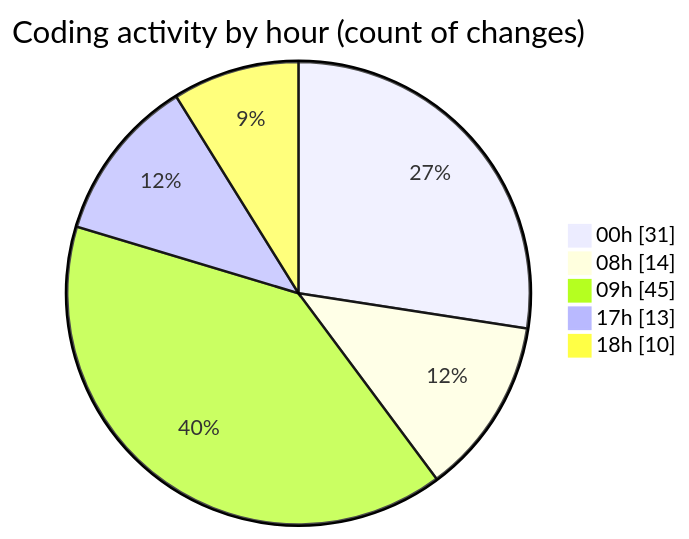
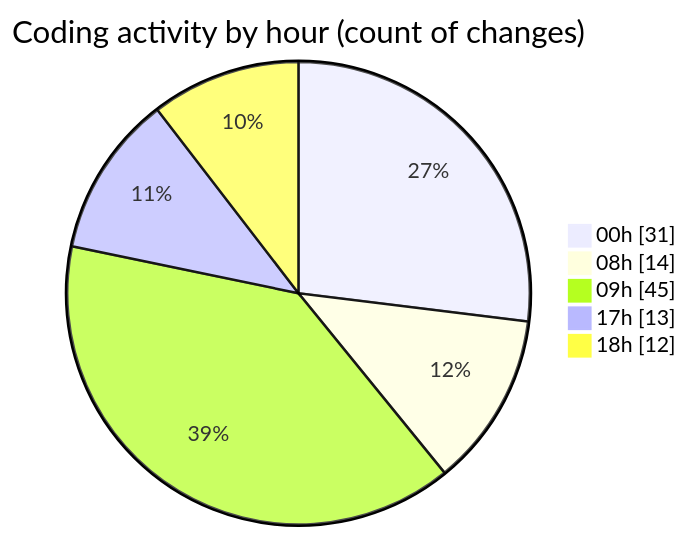
One commit to lephambinh05/code-tracking changed the second of 2 diagrams in 2025-08-03/studybuddy/README.md. Above: the diagram before and after it, drawn with Mermaid. The commit also changed other lines of this file and 1 other file, not shown here.

````diff
--- a/2025-08-03/studybuddy/README.md
+++ b/2025-08-03/studybuddy/README.md
@@ -65,9 +65,9 @@
 ```mermaid
 pie showData
 title Coding activity by hour (count of changes)
 "00h" : 31
 "08h" : 14
 "09h" : 45
 "17h" : 13
-"18h" : 10
+"18h" : 12
 ```
````
